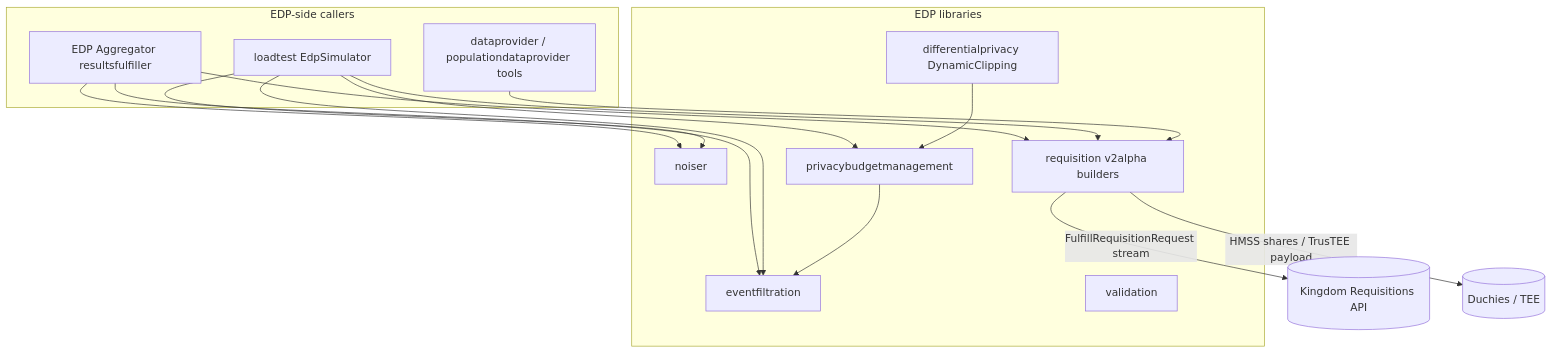
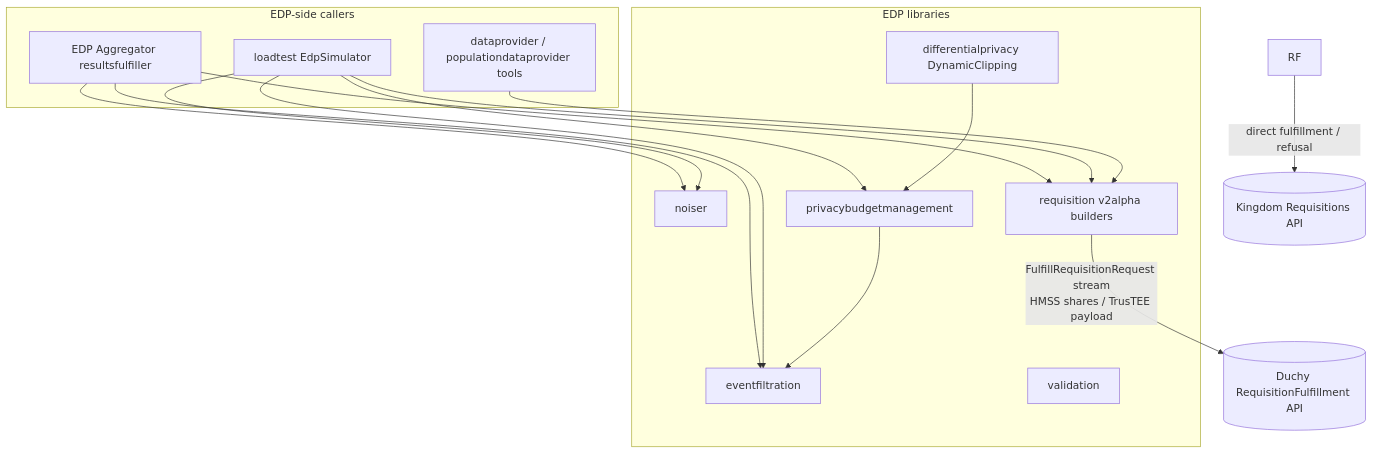
The first of 2 diagrams in docs/architecture/components/event-data-provider.md (world-federation-of-advertisers/cross-media-measurement), drawn with Mermaid before and after one commit. The commit also changed other lines of this file and 7 other files, not shown here.

````diff
--- a/docs/architecture/components/event-data-provider.md
+++ b/docs/architecture/components/event-data-provider.md
@@ -42,23 +42,23 @@
 ```mermaid
 graph TD
   subgraph EDP-side callers
     EA[EDP Aggregator resultsfulfiller]
     SIM[loadtest EdpSimulator]
     DP[dataprovider / populationdataprovider tools]
   end
   subgraph EDP libraries
     EF[eventfiltration]
     NO[noiser]
     DC[differentialprivacy DynamicClipping]
     PBM[privacybudgetmanagement]
     VAL[validation]
     REQ[requisition v2alpha builders]
   end
   EA --> EF & NO & REQ
   SIM --> EF & NO & PBM & REQ
   DP --> REQ
   PBM --> EF
   DC --> PBM
-  REQ -->|FulfillRequisitionRequest stream| KING[(Kingdom Requisitions API)]
-  REQ -->|HMSS shares / TrusTEE payload| DUCHY[(Duchies / TEE)]
+  RF -->|direct fulfillment / refusal| KING[(Kingdom Requisitions API)]
+  REQ -->|FulfillRequisitionRequest stream<br/>HMSS shares / TrusTEE payload| DUCHY[(Duchy RequisitionFulfillment API)]
 ```
````
